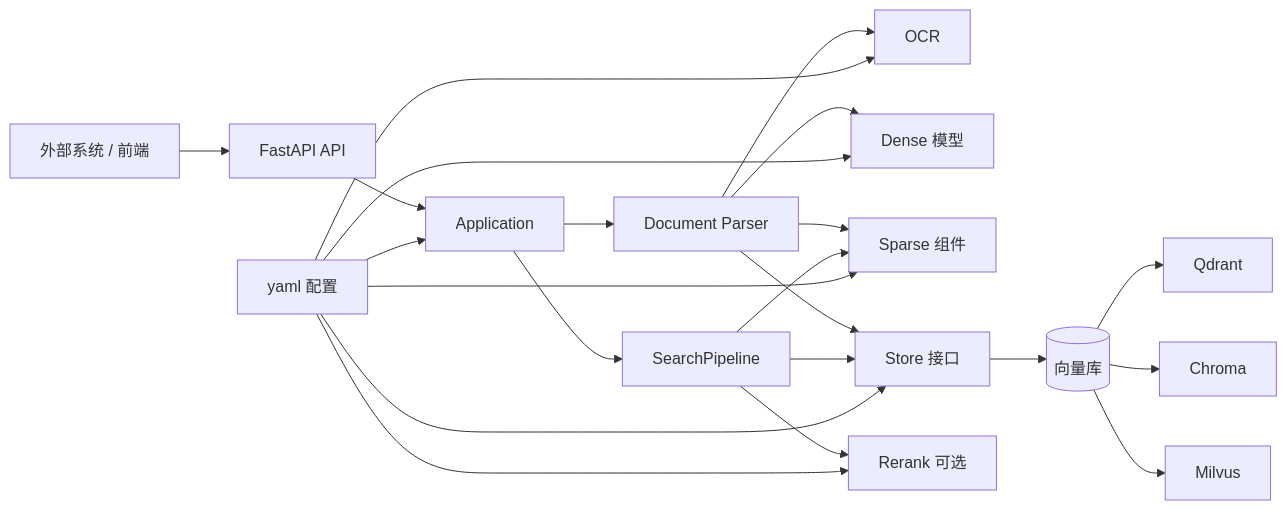
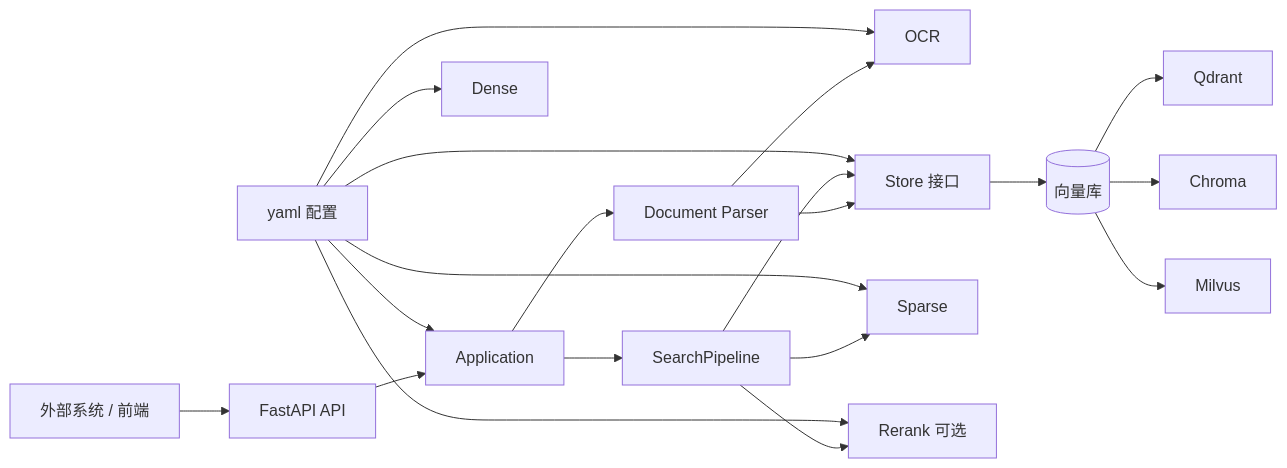
One commit to guobinqiu/new_brain changed the first of 4 diagrams in docs/architecture.md. Above: the diagram before and after it, drawn with Mermaid. The commit also changed other lines of this file and 72 other files, not shown here.

````diff
--- a/docs/architecture.md
+++ b/docs/architecture.md
@@ -53,28 +50,26 @@
 ```mermaid
 flowchart LR
   Client["外部系统 / 前端"] --> API["FastAPI API"]
   API --> App["Application"]
   App --> Search["SearchPipeline"]
   App --> Parser["Document Parser"]
 
   Parser --> OCR["OCR"]
-  Parser --> Dense["Dense 模型"]
-  Parser --> Sparse["Sparse 组件"]
   Parser --> Store["Store 接口"]
 
   Search --> Store
   Search --> Sparse
   Search --> Rerank["Rerank 可选"]
 
   Store --> DB[("向量库")]
   DB --> Qdrant["Qdrant"]
   DB --> Chroma["Chroma"]
   DB --> Milvus["Milvus"]
 
   Config["yaml 配置"] --> App
   Config --> Dense
   Config --> Sparse
   Config --> Store
   Config --> Rerank
   Config --> OCR
 ```
````
